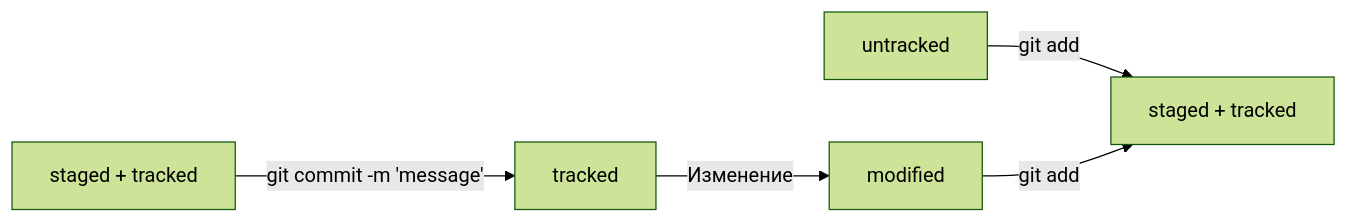
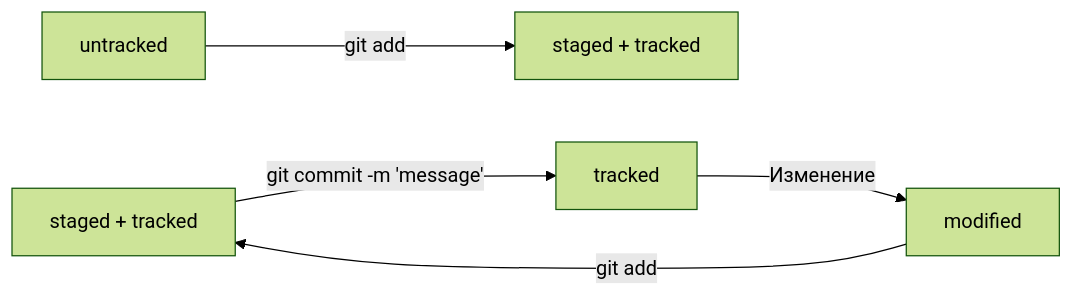
One commit to OlyaMoiseeva/serious-engineering changed the third of 3 diagrams in README.md. Above: the diagram before and after it, drawn with Mermaid (forest theme).

Commit message:
testing mermaid in readme file

````diff
--- a/README.md
+++ b/README.md
@@ -50,7 +50,7 @@
 ```mermaid
 graph LR;
   untracked -- "git add" --> B["staged + tracked"];
-  A["staged + tracked"] -- "git commit -m 'message'" --> tracked;
+  STGD["staged + tracked"] -- "git commit -m 'message'" --> tracked;
   tracked -- "Изменение" --> modified;
-  modified -- "git add" --> B["staged + tracked"];
+  modified -- "git add" --> STGD["staged + tracked"];
 ```
````
